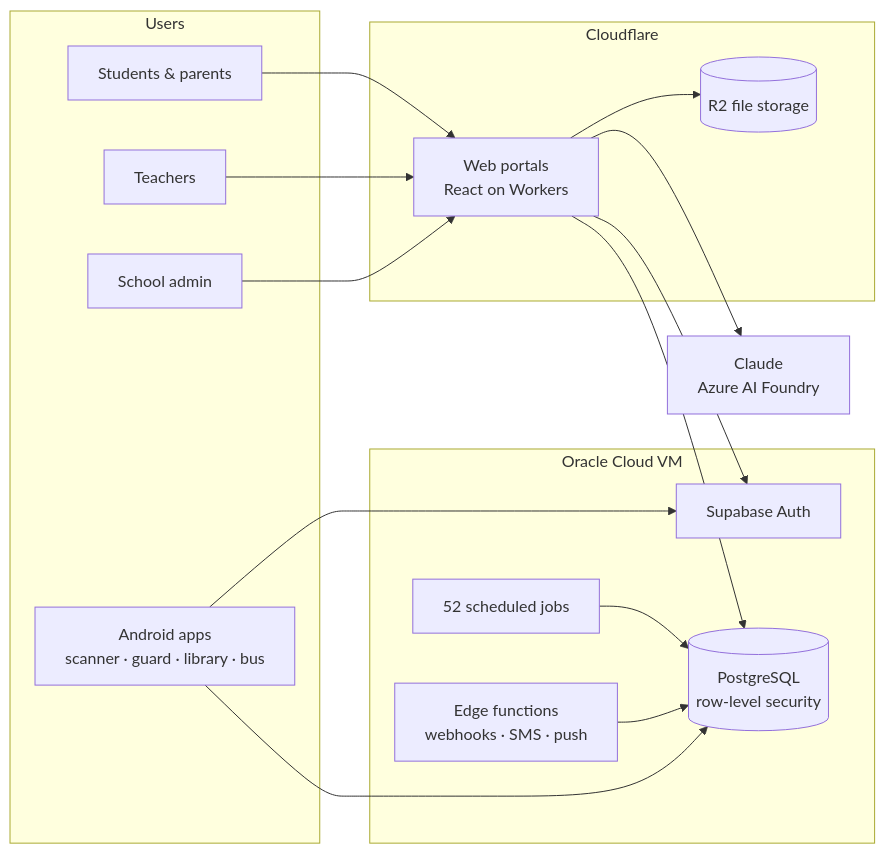
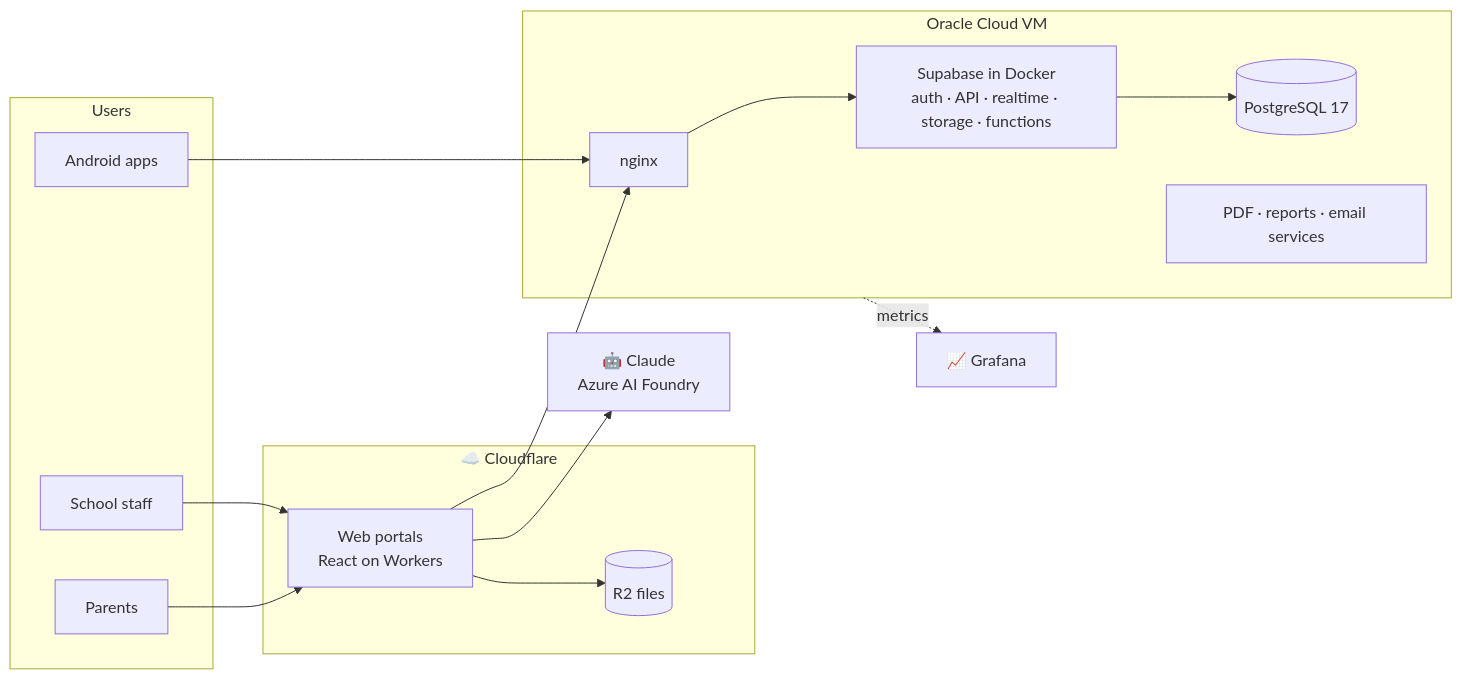
The second of 4 diagrams in README.md (shivamlaur022/clarvix-showcase), drawn with Mermaid before and after one commit. The commit also changed other lines of this file and 11 other files, not shown here.

Commit message:
Detailed product docs, module-by-module pages, infrastructure and flow diagrams

````diff
--- a/README.md
+++ b/README.md
@@ -63,33 +86,29 @@
 ```mermaid
 flowchart LR
     subgraph Users
-        A[School admin]
-        T[Teachers]
-        P[Students & parents]
-        D[Android apps<br/>scanner · guard · library · bus]
+        U1[School staff]
+        U2[Parents]
+        U3[Android apps]
     end
 
-    subgraph Cloudflare
+    subgraph CF["☁️ Cloudflare"]
         W[Web portals<br/>React on Workers]
-        R2[(R2 file storage)]
+        R2[(R2 files)]
     end
 
-    subgraph Oracle_Cloud[Oracle Cloud VM]
-        AUTH[Supabase Auth]
-        DB[(PostgreSQL<br/>row-level security)]
-        EF[Edge functions<br/>webhooks · SMS · push]
-        CRON[52 scheduled jobs]
+    subgraph OR["Oracle Cloud VM"]
+        NG[nginx] --> SB[Supabase in Docker<br/>auth · API · realtime · storage · functions]
+        SB --> DB[(PostgreSQL 17)]
+        HS[PDF · reports · email services]
     end
 
-    AI[Claude<br/>Azure AI Foundry]
+    AI[🤖 Claude<br/>Azure AI Foundry]
+    GF[📈 Grafana]
 
-    A & T & P --> W
-    D --> AUTH
-    W --> AUTH
-    W --> DB
+    U1 & U2 --> W
+    U3 --> NG
+    W --> NG
     W --> R2
     W --> AI
-    D --> DB
-    EF --> DB
-    CRON --> DB
+    OR -. metrics .-> GF
 ```
````
